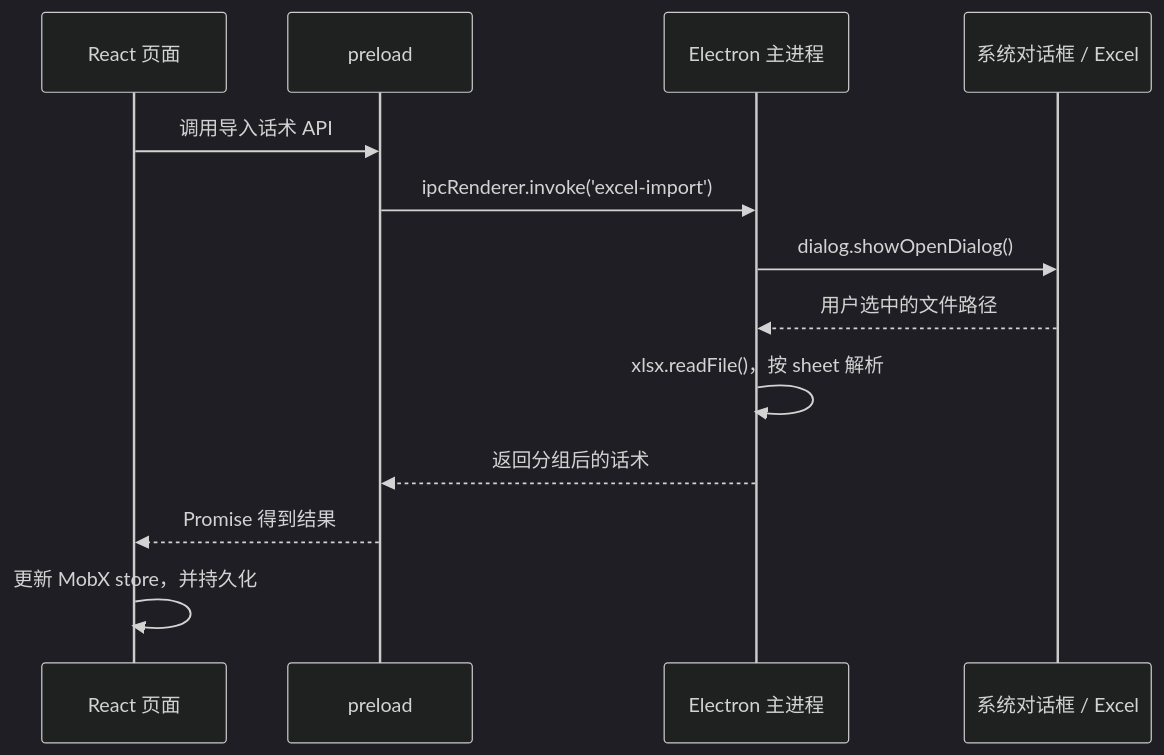
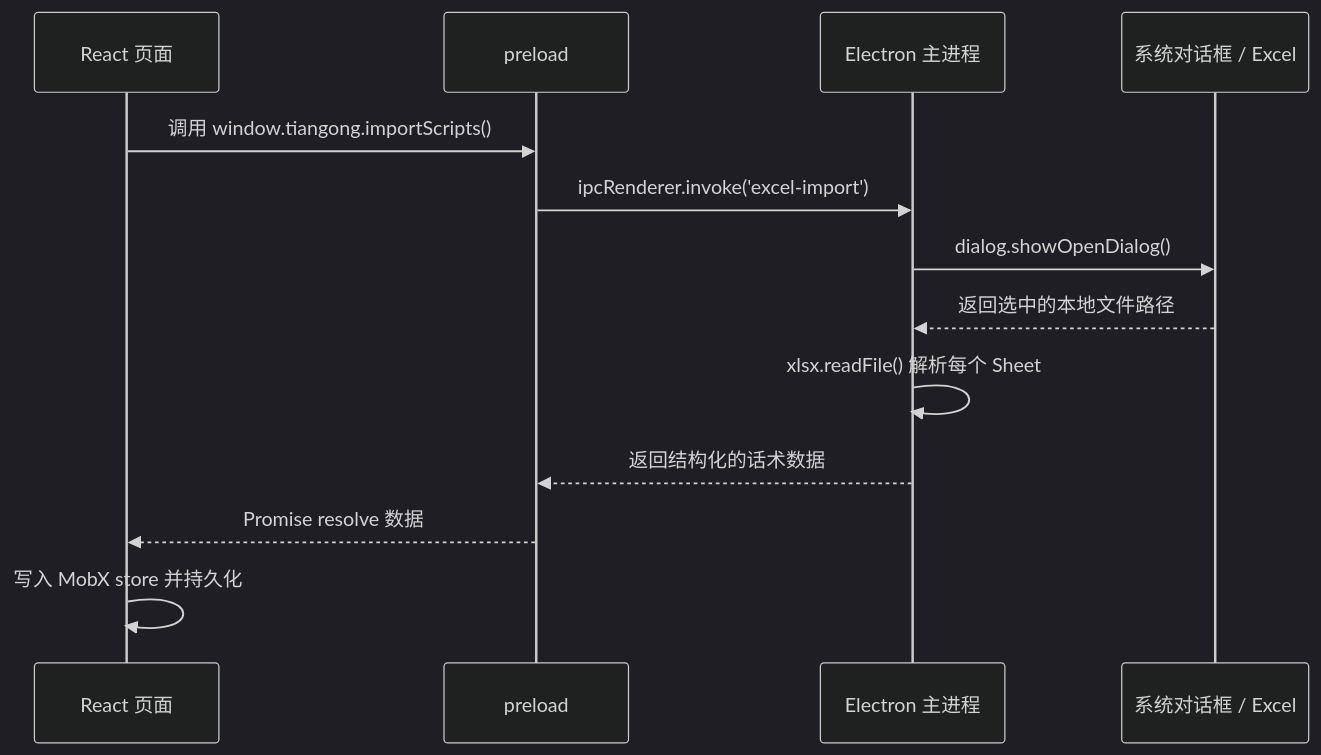
The fourth of 13 diagrams in source/_posts/2025-09-14-electron-tiangong.md (yyxTheOracle/MyBlog), drawn with Mermaid (dark theme) before and after one commit. The commit also changed other lines of this file, not shown here.

````diff
--- a/source/_posts/2025-09-14-electron-tiangong.md
+++ b/source/_posts/2025-09-14-electron-tiangong.md
@@ -235,15 +178,15 @@
 ```mermaid
 sequenceDiagram
     participant UI as React 页面
     participant P as preload
     participant M as Electron 主进程
     participant F as 系统对话框 / Excel
-    UI->>P: 调用导入话术 API
+    UI->>P: 调用 window.tiangong.importScripts()
     P->>M: ipcRenderer.invoke('excel-import')
     M->>F: dialog.showOpenDialog()
-    F-->>M: 用户选中的文件路径
-    M->>M: xlsx.readFile()，按 sheet 解析
-    M-->>P: 返回分组后的话术
-    P-->>UI: Promise 得到结果
-    UI->>UI: 更新 MobX store，并持久化
+    F-->>M: 返回选中的本地文件路径
+    M->>M: xlsx.readFile() 解析每个 Sheet
+    M-->>P: 返回结构化的话术数据
+    P-->>UI: Promise resolve 数据
+    UI->>UI: 写入 MobX store 并持久化
 ```
````
